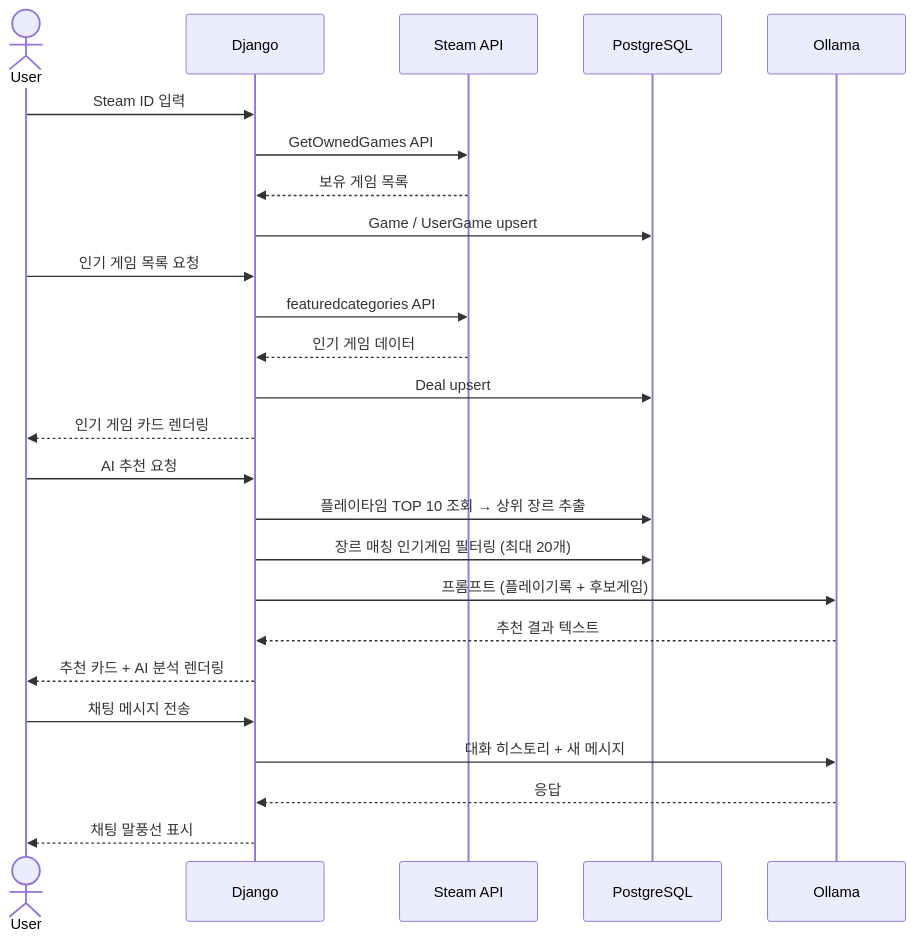
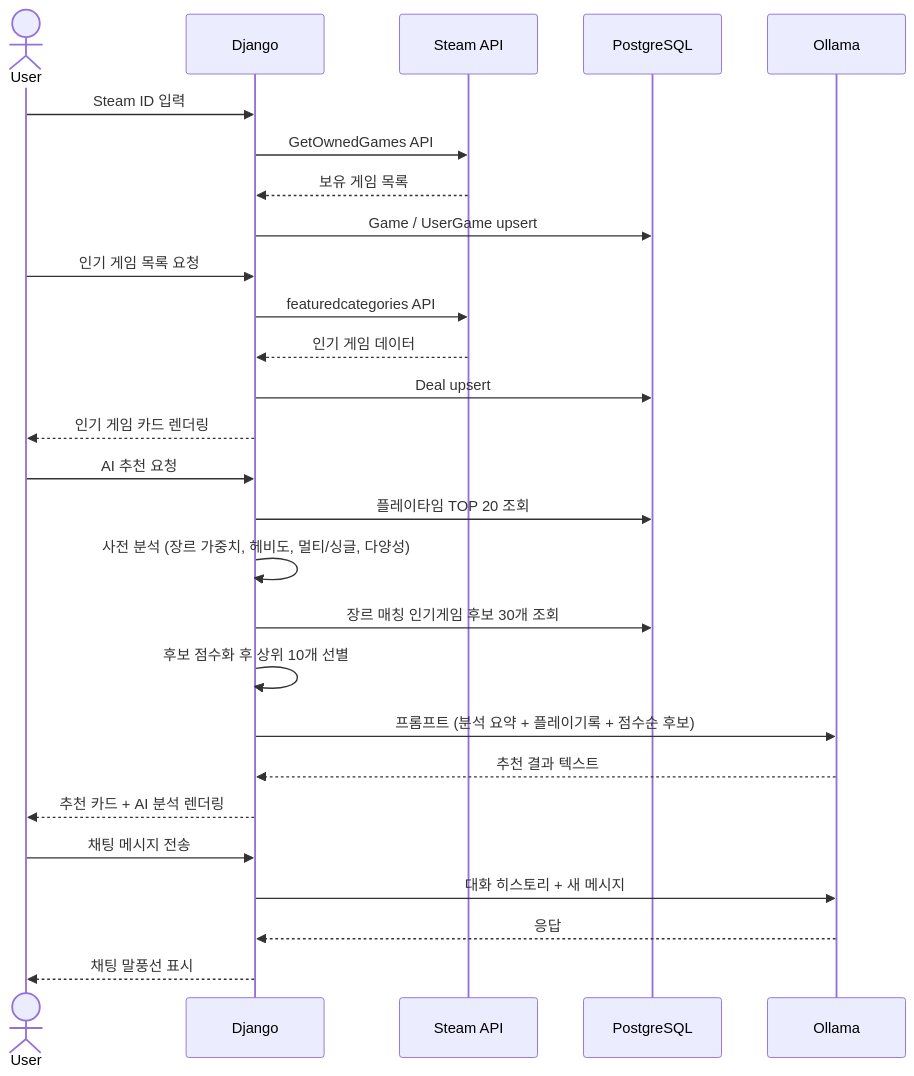
One commit to pgh165/steam-recommender changed the second of 2 diagrams in README.md. Above: the diagram before and after it, drawn with Mermaid. The commit also changed other lines of this file and 5 other files, not shown here.

````diff
--- a/README.md
+++ b/README.md
@@ -103,31 +132,33 @@
 ```mermaid
 sequenceDiagram
     actor User
     participant Web as Django
     participant Steam as Steam API
     participant DB as PostgreSQL
     participant AI as Ollama
 
     User->>Web: Steam ID 입력
     Web->>Steam: GetOwnedGames API
     Steam-->>Web: 보유 게임 목록
     Web->>DB: Game / UserGame upsert
 
     User->>Web: 인기 게임 목록 요청
     Web->>Steam: featuredcategories API
     Steam-->>Web: 인기 게임 데이터
     Web->>DB: Deal upsert
     Web-->>User: 인기 게임 카드 렌더링
 
     User->>Web: AI 추천 요청
-    Web->>DB: 플레이타임 TOP 10 조회 → 상위 장르 추출
-    Web->>DB: 장르 매칭 인기게임 필터링 (최대 20개)
-    Web->>AI: 프롬프트 (플레이기록 + 후보게임)
+    Web->>DB: 플레이타임 TOP 20 조회
+    Web->>Web: 사전 분석 (장르 가중치, 헤비도, 멀티/싱글, 다양성)
+    Web->>DB: 장르 매칭 인기게임 후보 30개 조회
+    Web->>Web: 후보 점수화 후 상위 10개 선별
+    Web->>AI: 프롬프트 (분석 요약 + 플레이기록 + 점수순 후보)
     AI-->>Web: 추천 결과 텍스트
     Web-->>User: 추천 카드 + AI 분석 렌더링
 
     User->>Web: 채팅 메시지 전송
     Web->>AI: 대화 히스토리 + 새 메시지
     AI-->>Web: 응답
     Web-->>User: 채팅 말풍선 표시
 ```
````
